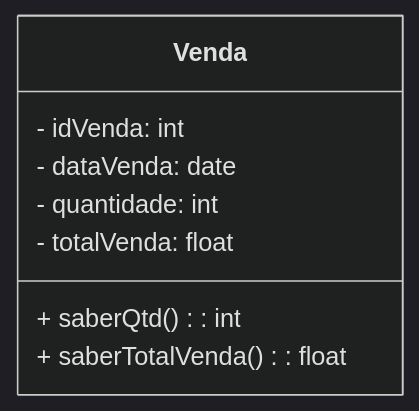
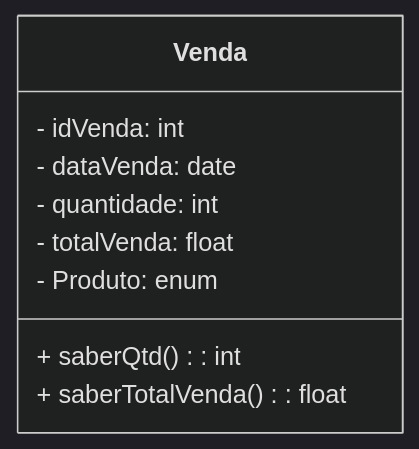
One commit to MTECHDevelopment/poojavaceub-grupo-3 changed the diagram in Venda.md. Above: the diagram before and after it, drawn with Mermaid (dark theme).

Commit message:
Add Produto enum and methods to Venda structure

````diff
--- a/Venda.md
+++ b/Venda.md
@@ -1,11 +1,12 @@
 ```mermaid
 classDiagram
    class Venda {
       - idVenda: int
       - dataVenda: date
       - quantidade: int
       - totalVenda: float
+      - Produto: enum
       + saberQtd(): int
       + saberTotalVenda(): float
 }
 ```
````
